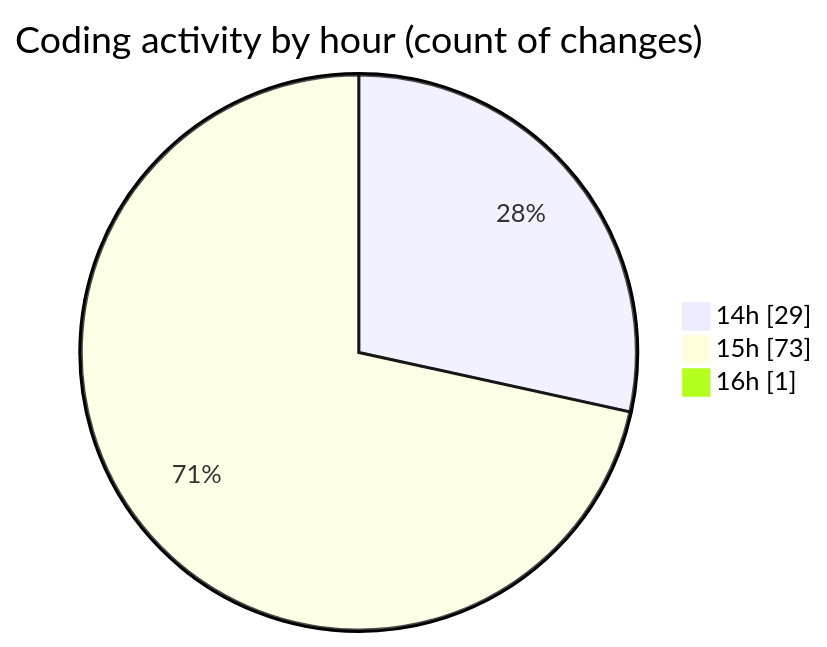
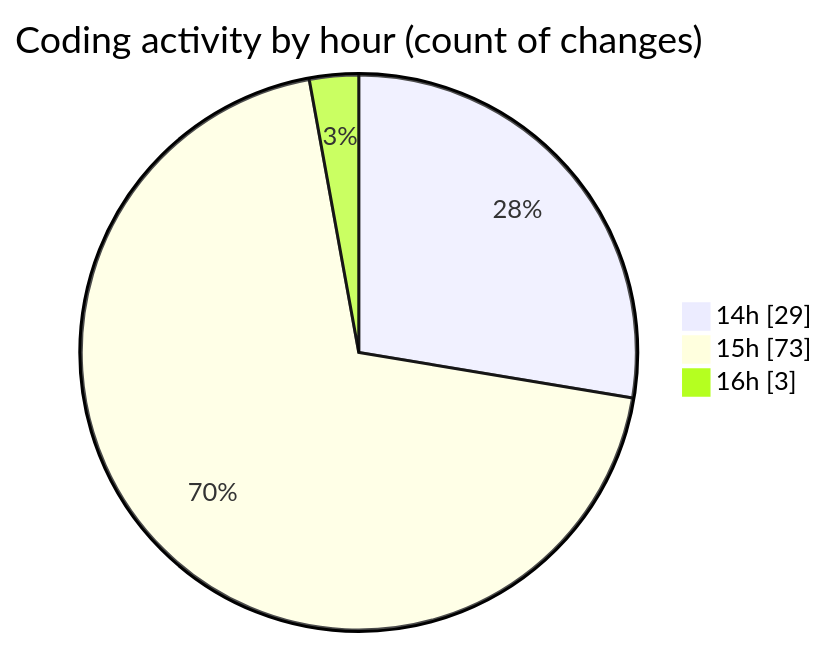
Before and after one commit to CELIANVF/code-tracking: the second of 2 diagrams in 2025-06-05/ecodeli-1/README.md, drawn with Mermaid. The commit also changed other lines of this file and 1 other file, not shown here.

````diff
--- a/2025-06-05/ecodeli-1/README.md
+++ b/2025-06-05/ecodeli-1/README.md
@@ -64,7 +64,7 @@
 ```mermaid
 pie showData
 title Coding activity by hour (count of changes)
 "14h" : 29
 "15h" : 73
-"16h" : 1
+"16h" : 3
 ```
````
